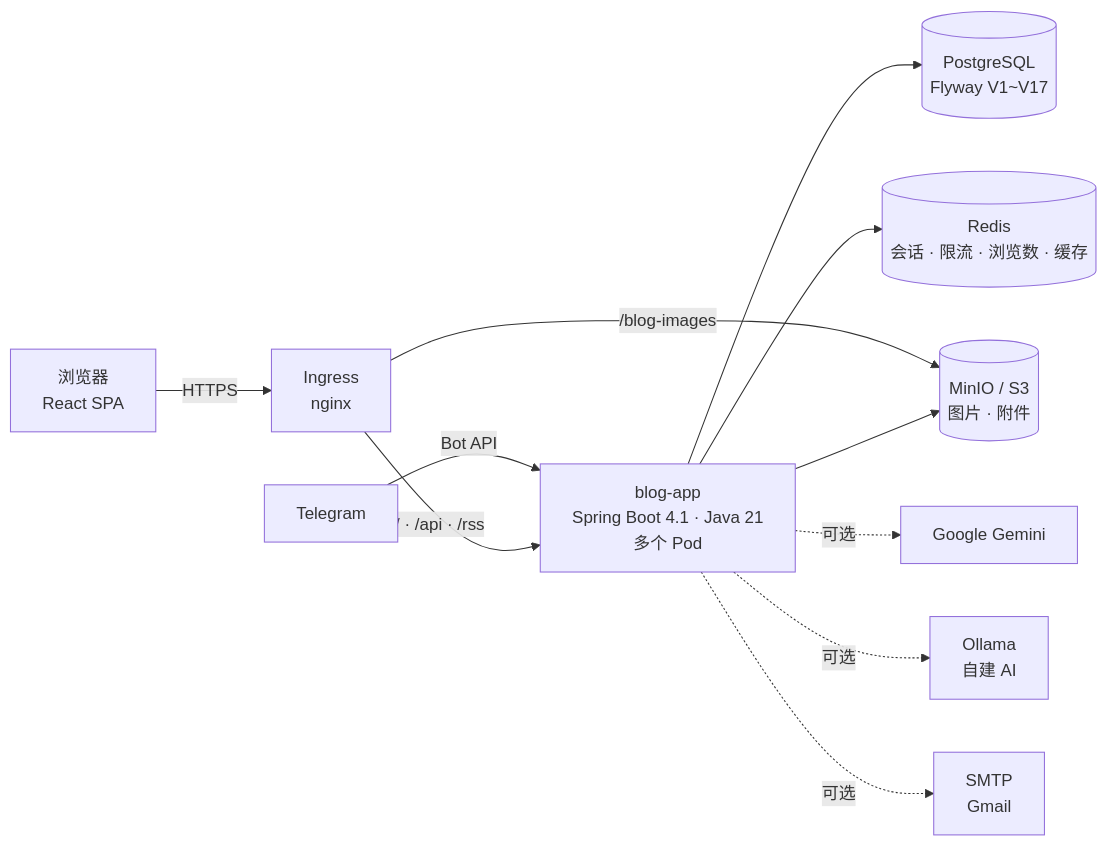
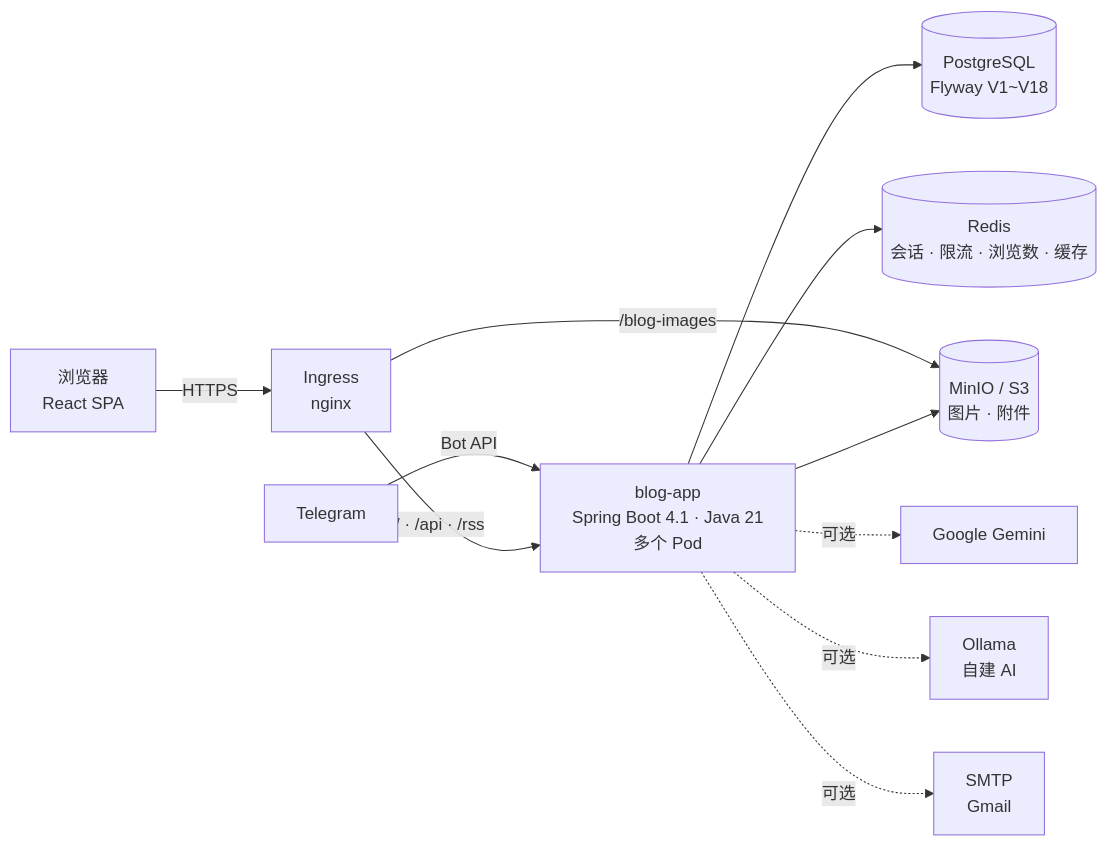
Before and after one commit to AIGJ-01-002-blog/Devlog: the first of 3 diagrams in README.zh.md, drawn with Mermaid. The commit also changed other lines of this file and 35 other files, not shown here.

````diff
--- a/README.zh.md
+++ b/README.zh.md
@@ -150,13 +150,13 @@
 ```mermaid
 flowchart LR
     B[浏览器<br/>React SPA] -->|HTTPS| I[Ingress<br/>nginx]
     T[Telegram] -->|Bot API| A
     I -->|/ · /api · /rss| A[blog-app<br/>Spring Boot 4.1 · Java 21<br/>多个 Pod]
     I -->|/blog-images| M[(MinIO / S3<br/>图片 · 附件)]
-    A --> P[(PostgreSQL<br/>Flyway V1~V17)]
+    A --> P[(PostgreSQL<br/>Flyway V1~V18)]
     A --> R[(Redis<br/>会话 · 限流 · 浏览数 · 缓存)]
     A --> M
     A -.可选.-> G[Google Gemini]
     A -.可选.-> O[Ollama<br/>自建 AI]
     A -.可选.-> S[SMTP<br/>Gmail]
 ```
````
